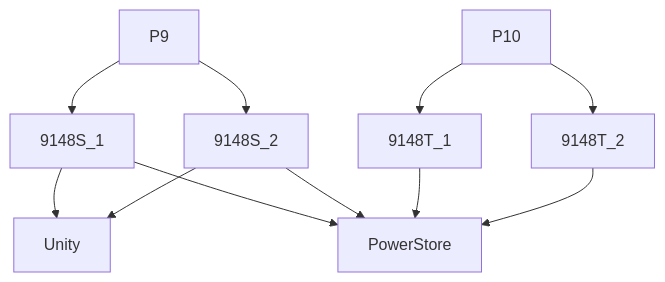
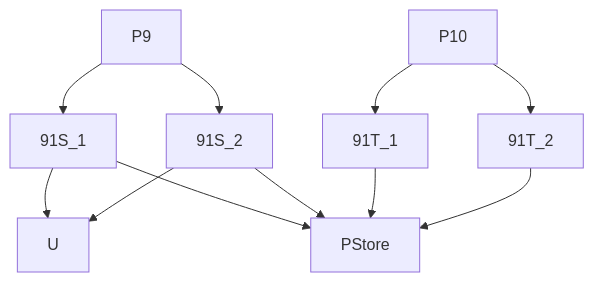
Before and after one commit to jauderho/sandbox: the diagram in mermaid/Storage.md, drawn with Mermaid.

````diff
--- a/mermaid/Storage.md
+++ b/mermaid/Storage.md
@@ -4,15 +4,15 @@
 ```mermaid
   graph TD
-  P9-->9148S_1
-  P9-->9148S_2
+  P9-->91S_1
+  P9-->91S_2
   
-  P10-->9148T_1
-  P10-->9148T_2
+  P10-->91T_1
+  P10-->91T_2
   
-  9148S_1-->Unity
-  9148S_2-->Unity
-  9148S_1-->PowerStore
-  9148S_2-->PowerStore
-  9148T_1-->PowerStore
-  9148T_2-->PowerStore
+  91S_1-->U
+  91S_2-->U
+  91S_1-->PStore
+  91S_2-->PStore
+  91T_1-->PStore
+  91T_2-->PStore
 ```
````
